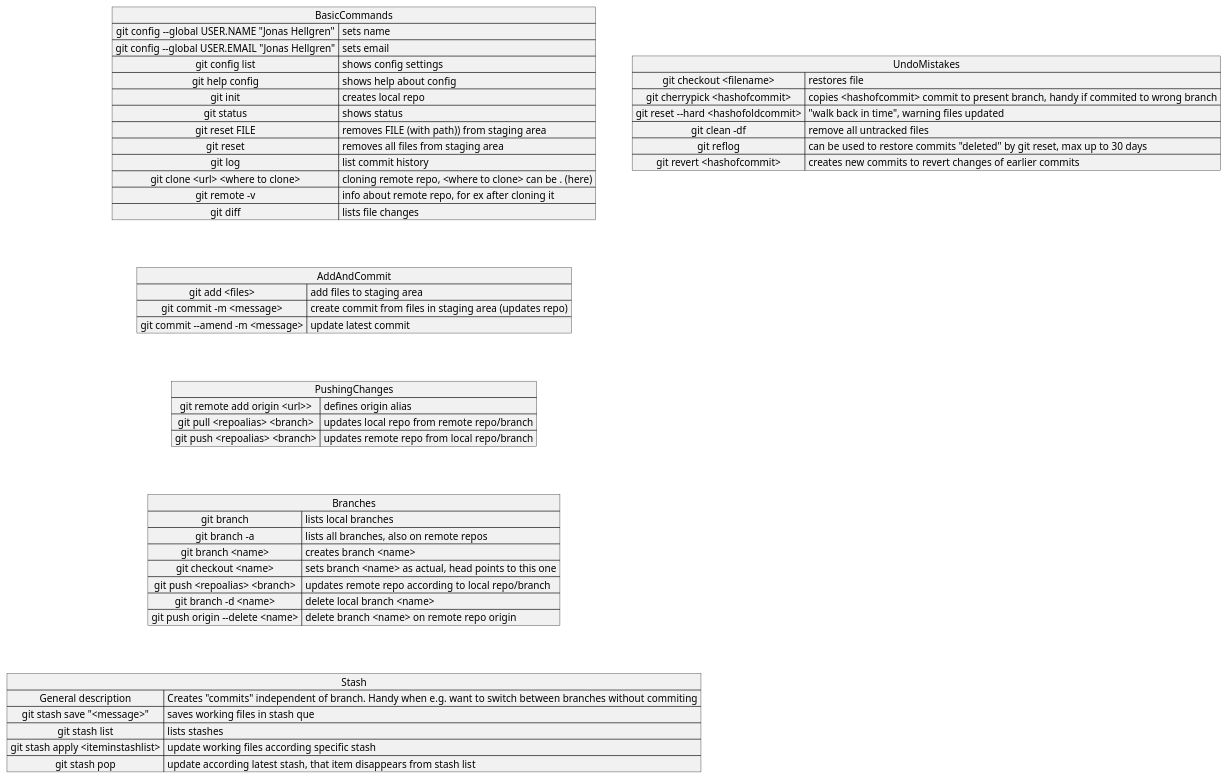
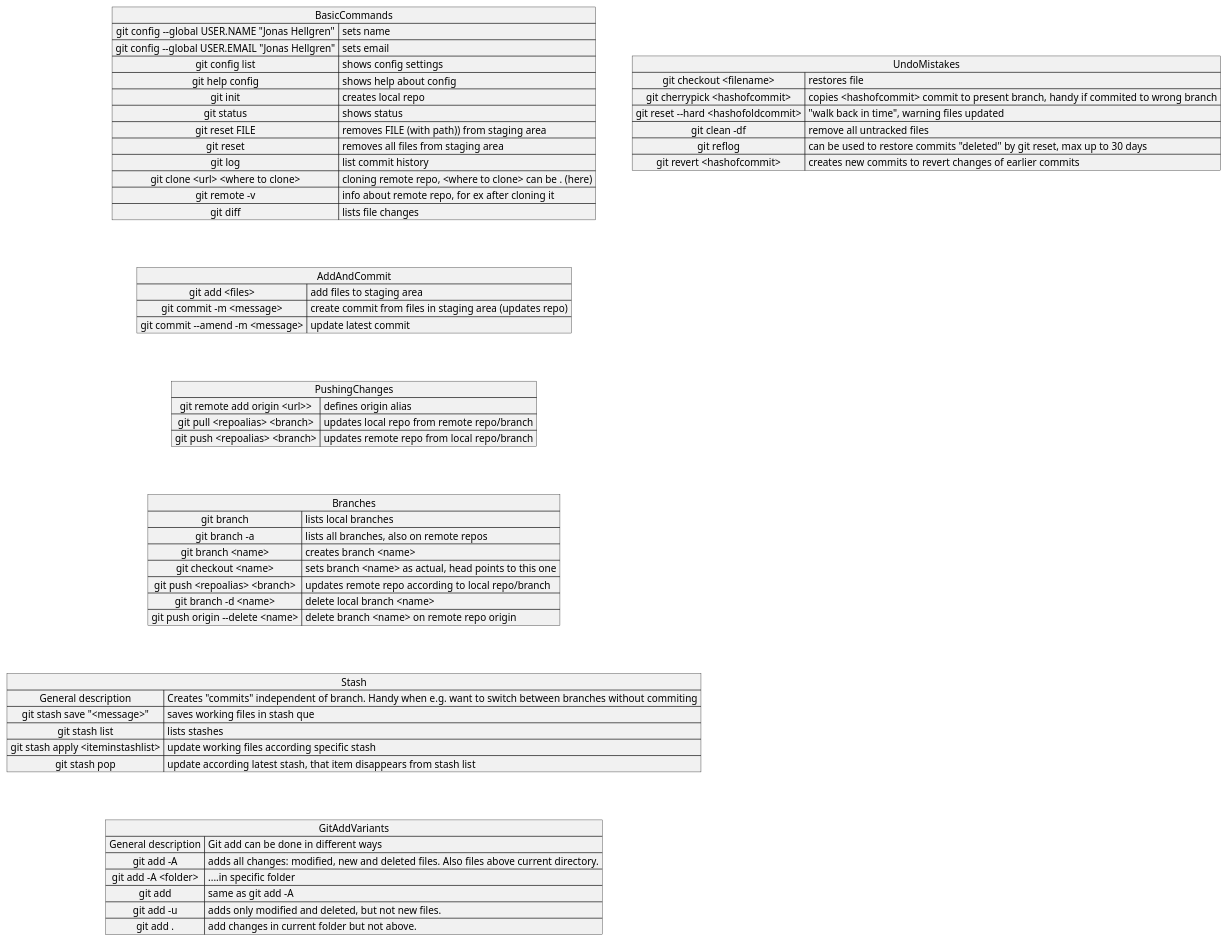
One commit to JonasHellgren/GitCommands changed the diagram in src/documentation/GitCommands.puml. Above: the diagram before and after it, drawn with PlantUML. The commit also changed 1 other file, not shown here.

Commit message:
With GitAddVariants

```diff
--- a/src/documentation/GitCommands.puml
+++ b/src/documentation/GitCommands.puml
@@ -1,62 +1,72 @@
 @startuml
 map BasicCommands {
  git config --global USER.NAME "Jonas Hellgren" => sets name
  git config --global USER.EMAIL "Jonas Hellgren" => sets email
  git config list => shows config settings
  git help config  => shows help about config
  git init  => creates local repo
  git status  => shows status
  git reset FILE  => removes FILE (with path)) from staging area
  git reset   => removes all files from staging area
  git log   => list commit history
  git clone <url> <where to clone>  => cloning remote repo, <where to clone> can be . (here)
  git remote -v  => info about remote repo, for ex after cloning it
  git diff  => lists file changes
 }
 
 map AddAndCommit {
  git add <files>  => add files to staging area
  git commit -m <message>  => create commit from files in staging area (updates repo)
  git commit --amend -m <message>  => update latest commit
 }
 
 map PushingChanges {
  git remote add origin <url>>  => defines origin alias
  git pull <repoalias> <branch>  => updates local repo from remote repo/branch
  git push <repoalias> <branch>  => updates remote repo from local repo/branch
 }
 
 map Branches {
  git branch => lists local branches
  git branch -a  => lists all branches, also on remote repos
  git branch <name>  => creates branch <name>
  git checkout <name>  => sets branch <name> as actual, head points to this one
  git push <repoalias> <branch>  => updates remote repo according to local repo/branch
  git branch -d <name> => delete local branch <name>
  git push origin --delete <name> => delete branch <name> on remote repo origin
 }
 
 map UndoMistakes {
  git checkout <filename>  => restores file
  git cherrypick <hashofcommit>  => copies <hashofcommit> commit to present branch, handy if commited to wrong branch
  git reset --hard <hashofoldcommit>  => "walk back in time", warning files updated
  git clean -df  => remove all untracked files
  git reflog => can be used to restore commits "deleted" by git reset, max up to 30 days
  git revert <hashofcommit> => creates new commits to revert changes of earlier commits
 }
 
 map Stash {
  General description => Creates "commits" independent of branch. Handy when e.g. want to switch between branches without commiting
  git stash save "<message>" =>  saves working files in stash que
  git stash list => lists stashes
  git stash apply <iteminstashlist>  => update working files according specific stash
  git stash pop   => update according latest stash, that item disappears from stash list
 }
 
+map GitAddVariants {
+ General description => Git add can be done in different ways
+ git add -A => adds all changes: modified, new and deleted files. Also files above current directory.
+ git add -A <folder> => ....in specific folder
+ git add  => same as git add -A
+ git add -u  => adds only modified and deleted, but not new files.
+ git add . => add changes in current folder but not above.
+
+}
+
 BasicCommands --[hidden]> AddAndCommit
 AddAndCommit --[hidden]> PushingChanges
 PushingChanges --[hidden]> Branches
 Branches --[hidden]> Stash
-Stash --[hidden]> Stash
+Stash --[hidden]> GitAddVariants
 
 @enduml
```
